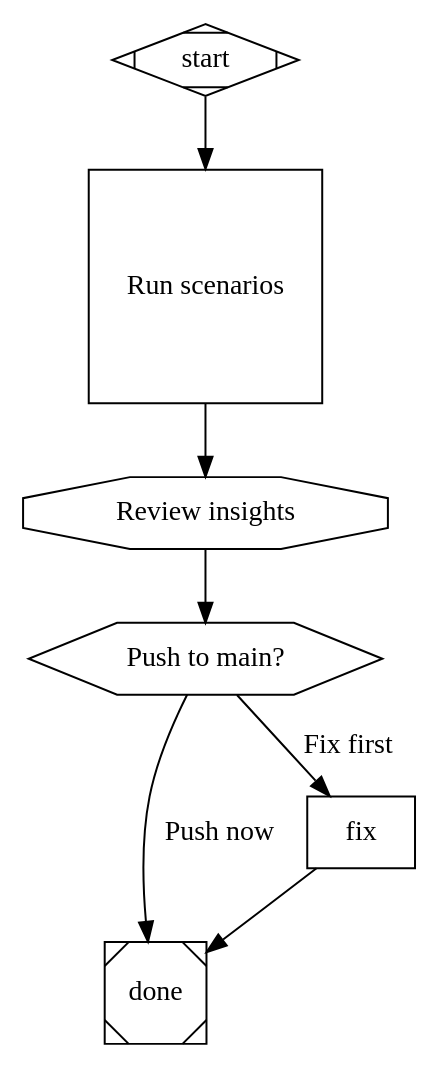
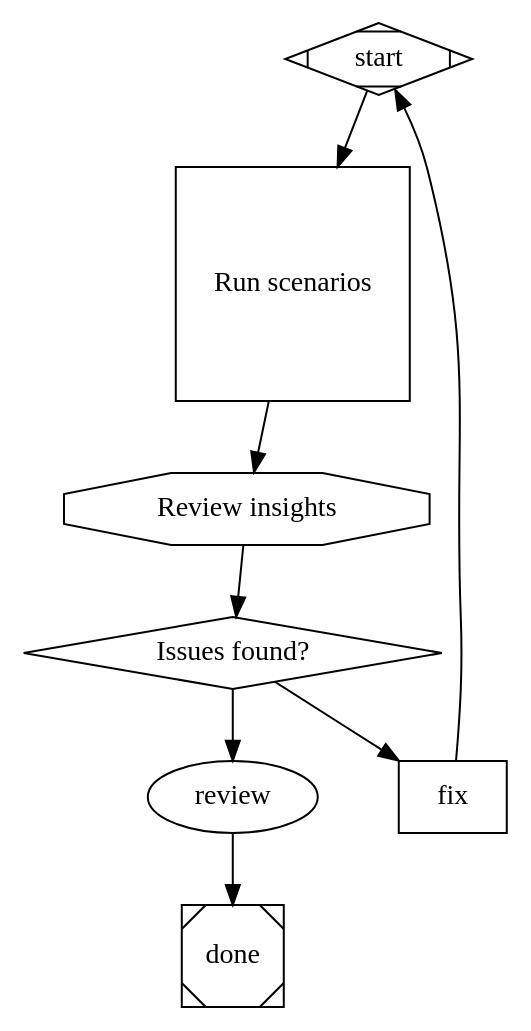
The second of 2 diagrams in src/cli/prompts/PROMPT_pipeline_create.md (josuakiviranta/apparatus), drawn with Graphviz before and after one commit. The commit also changed other lines of this file and 3 other files, not shown here.

First line of the commit message:
fix: pipeline authoring prompt accuracy + claude preflight guard (Chunk 7)

````diff
--- a/src/cli/prompts/PROMPT_pipeline_create.md
+++ b/src/cli/prompts/PROMPT_pipeline_create.md
@@ -80,29 +82,35 @@
 ```dot
 digraph review_pipeline {
   goal="Run scenarios, meditate on results, then approve or fix"
 
   // Entry and exit (required in every pipeline)
   start  [shape=Mdiamond]
   done   [shape=Msquare]
 
-  // Run scenario tests on the project
-  scenarios [shape=square, label="Run scenarios"]
+  // Run scenario tests on the project — goal_gate ensures this always completes
+  scenarios [shape=square, label="Run scenarios", goal_gate=true]
 
   // Meditation session — Claude reviews results and writes insights
   meditate [shape=octagon, label="Review insights"]
 
-  // Human decision gate — routes on edge labels
-  gate [shape=hexagon, label="Push to main?"]
+  // Automatic check — did meditate find issues?
+  check [shape=diamond, label="Issues found?"]
+
+  // Named agent from registry — runs code review
+  review [agent="reviewer", prompt="Review the latest changes"]
 
   // Agentic loop — applies fixes, capped at 3 iterations
   fix [shape=box, prompt="Apply the fixes recommended in the latest meditation illumination.", max_iterations=3]
 
   // Wire it up
   start     -> scenarios
   scenarios -> meditate
-  meditate  -> gate
-  gate      -> fix  [label="Fix first"]   // edge label matches human answer
-  gate      -> done [label="Push now"]
-  fix       -> done
+  meditate  -> check
+  check     -> fix    [condition="result=fail"]
+  check     -> review [condition="result=success"]
+  review    -> done
+
+  // After fix, loop back to re-run the whole pipeline with preserved context
+  fix -> start [loop_restart=true]
 }
 ```
````
